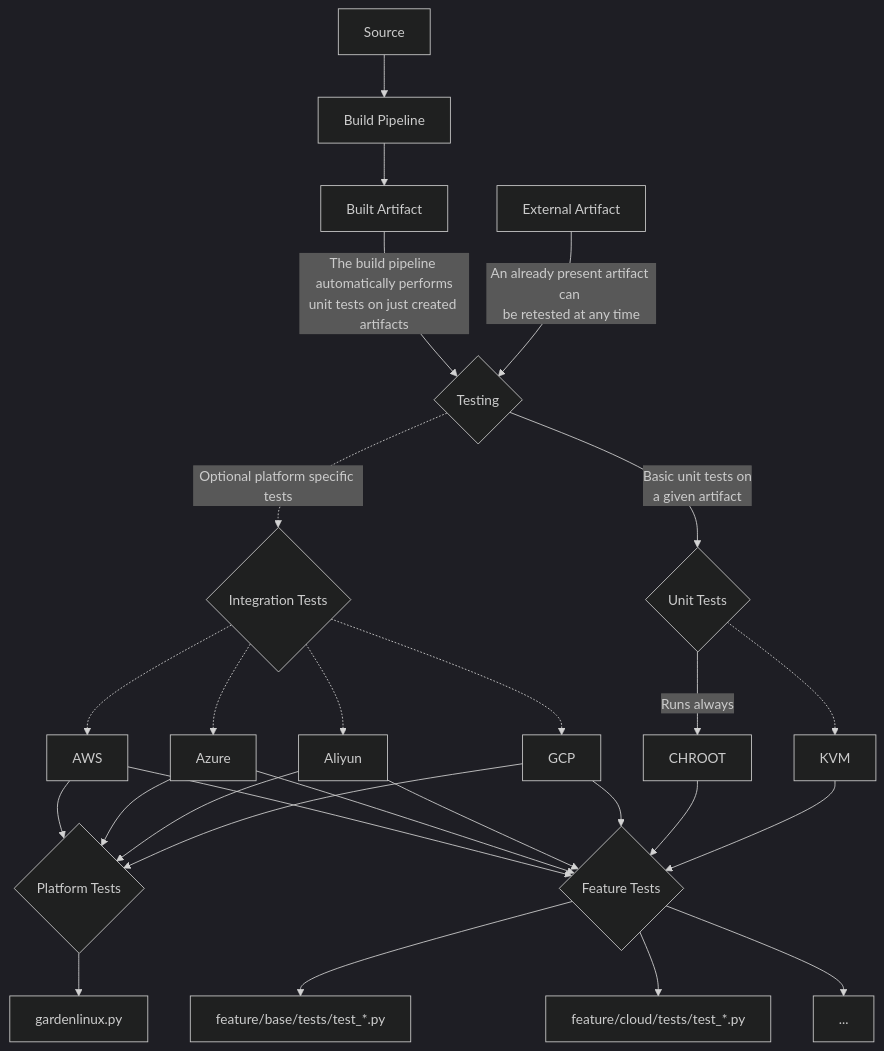
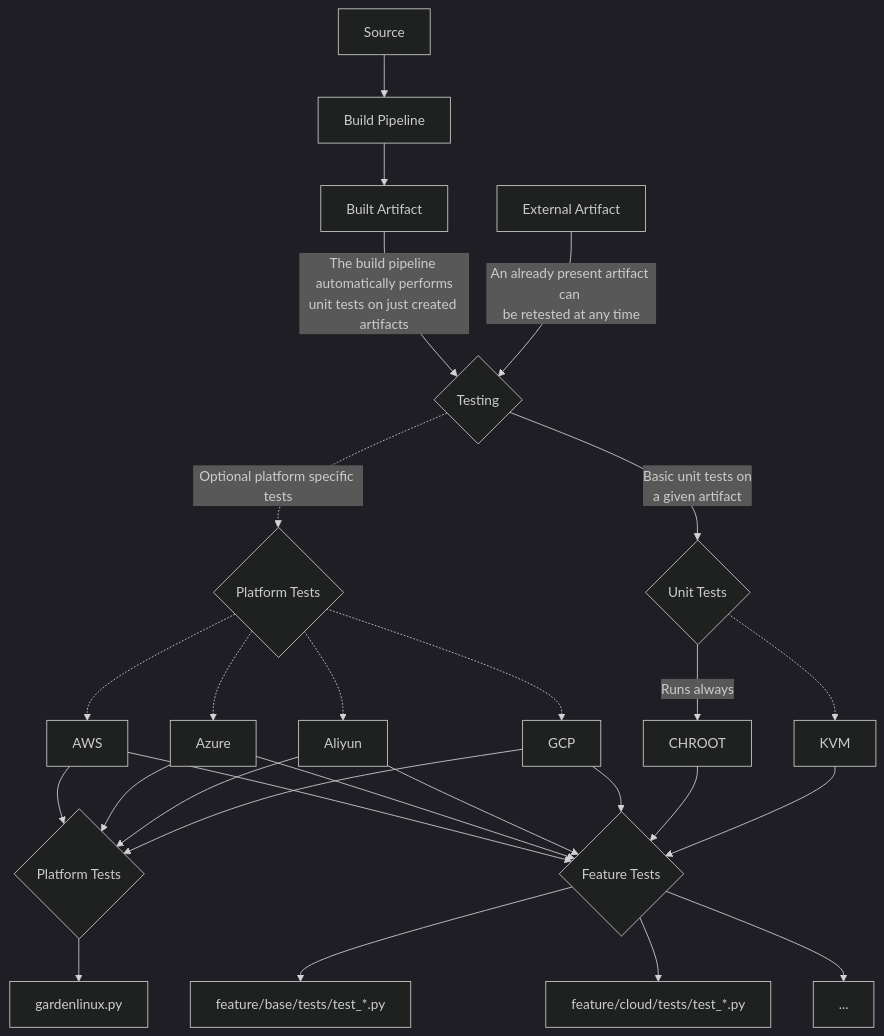
The diagram in tests/README.md (gardenlinux/gardenlinux), drawn with Mermaid (dark theme) before and after one commit. The commit also changed other lines of this file and 43 other files, not shown here.

First line of the commit message:
rename integration tests to platform tests

````diff
--- a/tests/README.md
+++ b/tests/README.md
@@ -59,28 +59,28 @@
 ```mermaid
 graph TD;
     Source --> obj01[Build Pipeline]
     obj01[Build Pipeline] --> obj02[Built Artifact]
     obj02[Built Artifact] -- The build pipeline automatically performs<br>unit tests on just created artifacts --> test01{Testing}
     obj03[External Artifact] -- An already present artifact can <br>be retested at any time --> test01{Testing}
 
-    test01{Testing} -. Optional platform specific tests .-> test02{Integration Tests}
+    test01{Testing} -. Optional platform specific tests .-> test02{Platform Tests}
     test01{Testing} -- Basic unit tests on<br>a given artifact --> test03{Unit Tests}
 
     AWS --> test05{Platform Tests}
     Azure --> test05{Platform Tests}
     Aliyun --> test05{Platform Tests}
     GCP --> test05{Platform Tests}
 
-    test02{Integration Tests} -.-> AWS --> test04{Feature Tests}
-    test02{Integration Tests} -.-> Azure --> test04{Feature Tests}
-    test02{Integration Tests} -.-> Aliyun --> test04{Feature Tests}
-    test02{Integration Tests} -.-> GCP --> test04{Feature Tests}
+    test02{Platform Tests} -.-> AWS --> test04{Feature Tests}
+    test02{Platform Tests} -.-> Azure --> test04{Feature Tests}
+    test02{Platform Tests} -.-> Aliyun --> test04{Feature Tests}
+    test02{Platform Tests} -.-> GCP --> test04{Feature Tests}
     test03{Unit Tests} -- Runs always --> CHROOT --> test04{Feature Tests}
     test03{Unit Tests} -.-> KVM --> test04{Feature Tests}
 
     test05{Platform Tests} --> test_case01[gardenlinux.py]
 
     test04{Feature Tests} --> test_case02[feature/base/tests/test_*.py]
     test04{Feature Tests} --> test_case03[feature/cloud/tests/test_*.py]
     test04{Feature Tests} --> test_case04[...]
 ```
````
